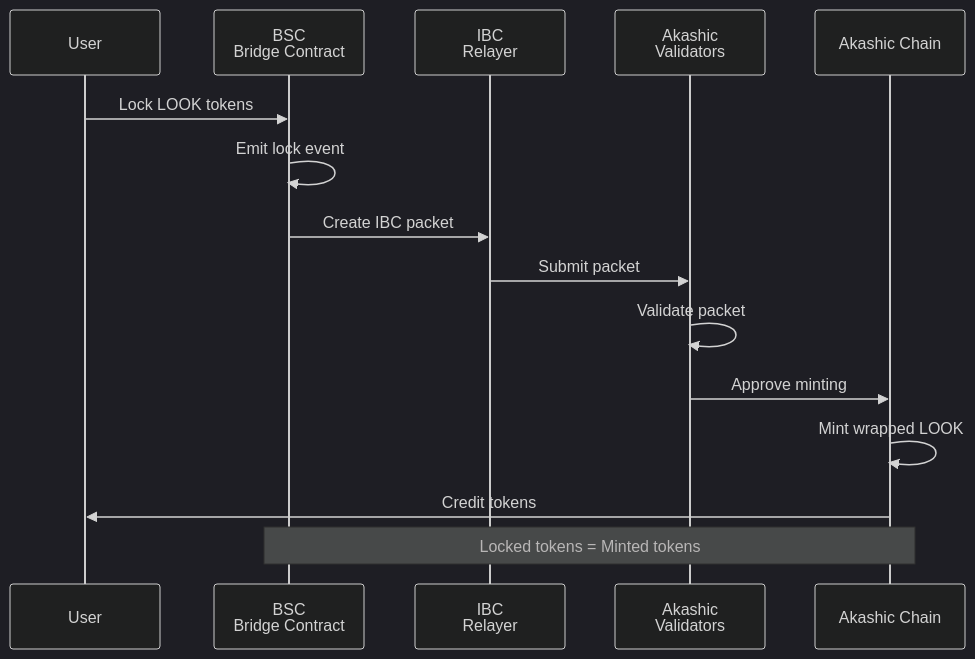
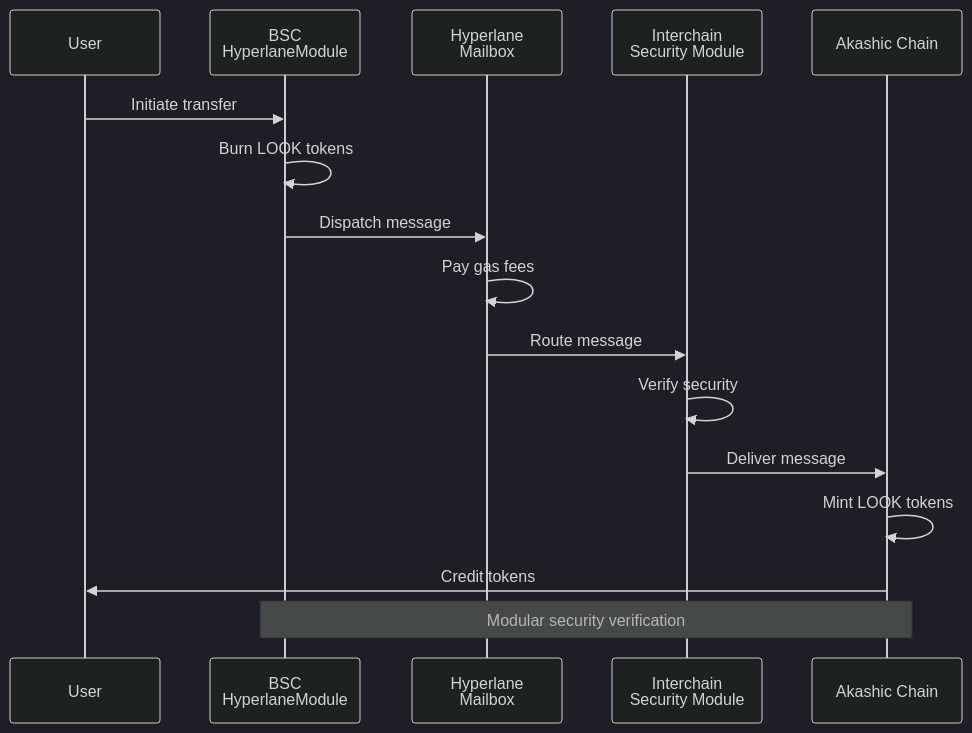
One commit to lookcard-dev/lookcoin-contract changed the sixth of 10 diagrams in docs/TECHNICAL.md. Above: the diagram before and after it, drawn with Mermaid (dark theme). The commit also changed other lines of this file and 32 other files, not shown here.

````diff
--- a/docs/TECHNICAL.md
+++ b/docs/TECHNICAL.md
@@ -115,19 +217,20 @@
 ```mermaid
 sequenceDiagram
     participant User
-    participant BSC as BSC<br/>Bridge Contract
-    participant Relayer as IBC<br/>Relayer
-    participant AkashicVal as Akashic<br/>Validators
+    participant BSC as BSC<br/>HyperlaneModule
+    participant Mailbox as Hyperlane<br/>Mailbox
+    participant ISM as Interchain<br/>Security Module
     participant Akashic as Akashic Chain
 
-    User->>BSC: Lock LOOK tokens
-    BSC->>BSC: Emit lock event
-    BSC->>Relayer: Create IBC packet
-    Relayer->>AkashicVal: Submit packet
-    AkashicVal->>AkashicVal: Validate packet
-    AkashicVal->>Akashic: Approve minting
-    Akashic->>Akashic: Mint wrapped LOOK
+    User->>BSC: Initiate transfer
+    BSC->>BSC: Burn LOOK tokens
+    BSC->>Mailbox: Dispatch message
+    Mailbox->>Mailbox: Pay gas fees
+    Mailbox->>ISM: Route message
+    ISM->>ISM: Verify security
+    ISM->>Akashic: Deliver message
+    Akashic->>Akashic: Mint LOOK tokens
     Akashic->>User: Credit tokens
 
-    Note over BSC,Akashic: Locked tokens = Minted tokens
+    Note over BSC,Akashic: Modular security verification
 ```
````
